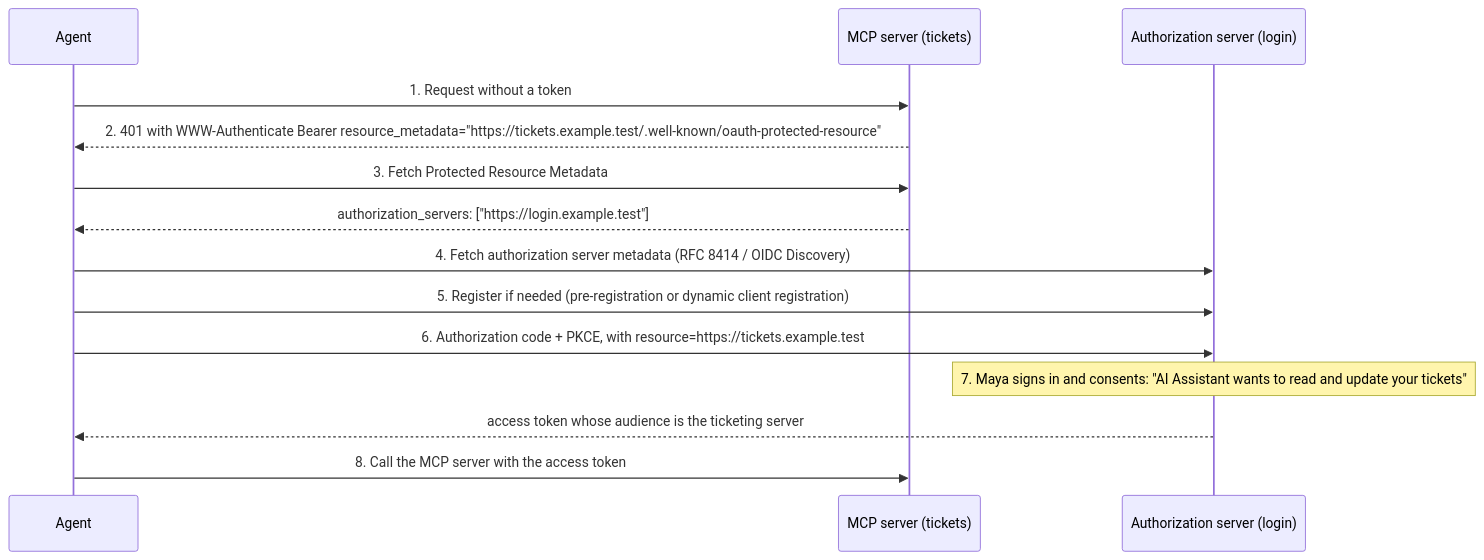
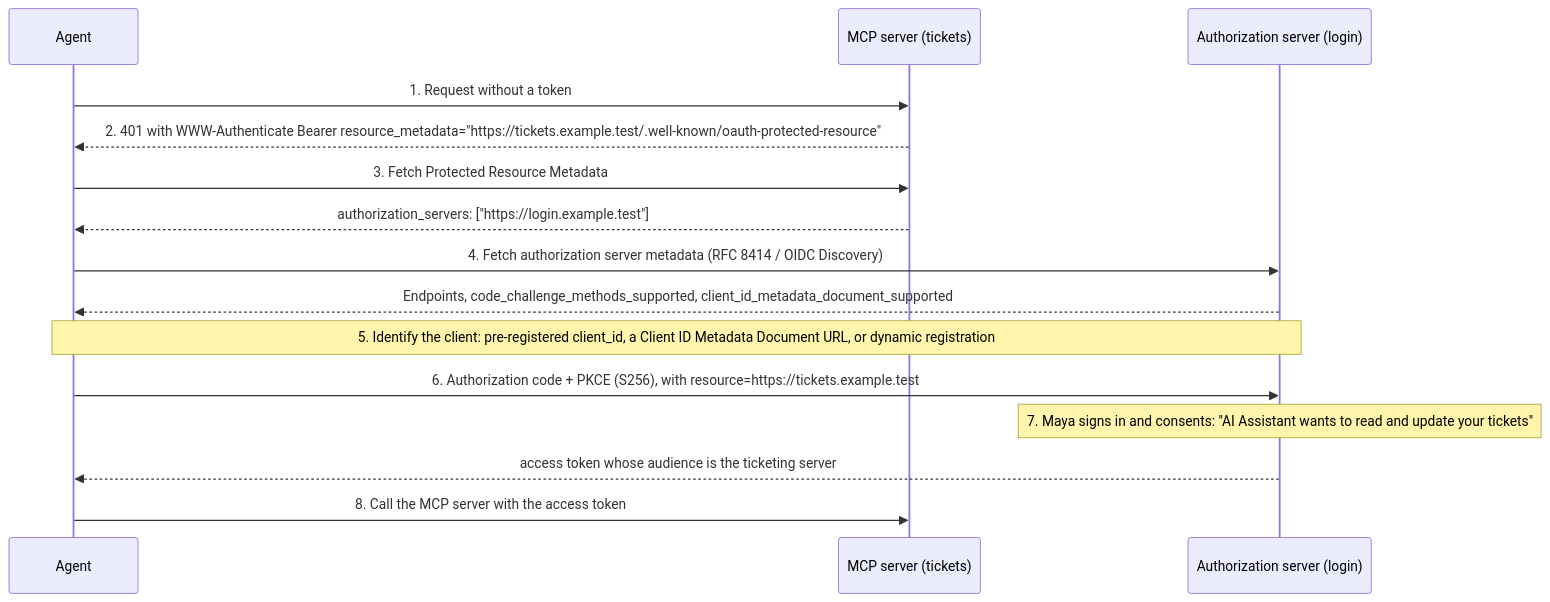
One commit to repson/iamnotroot changed the diagram in content/use-cases/ai-agent-mcp.md. Above: the diagram before and after it, drawn with Mermaid. The commit also changed other lines of this file and 38 other files, not shown here.

````diff
--- a/content/use-cases/ai-agent-mcp.md
+++ b/content/use-cases/ai-agent-mcp.md
@@ -25,16 +25,17 @@
 ```mermaid
 sequenceDiagram
     participant A as Agent
     participant M as MCP server (tickets)
     participant AS as Authorization server (login)
     A->>M: 1. Request without a token
     M-->>A: 2. 401 with WWW-Authenticate Bearer resource_metadata="https://tickets.example.test/.well-known/oauth-protected-resource"
     A->>M: 3. Fetch Protected Resource Metadata
     M-->>A: authorization_servers: ["https://login.example.test"]
     A->>AS: 4. Fetch authorization server metadata (RFC 8414 / OIDC Discovery)
-    A->>AS: 5. Register if needed (pre-registration or dynamic client registration)
-    A->>AS: 6. Authorization code + PKCE, with resource=https://tickets.example.test
+    AS-->>A: Endpoints, code_challenge_methods_supported, client_id_metadata_document_supported
+    Note over A,AS: 5. Identify the client: pre-registered client_id, a Client ID Metadata Document URL, or dynamic registration
+    A->>AS: 6. Authorization code + PKCE (S256), with resource=https://tickets.example.test
     Note over AS: 7. Maya signs in and consents: "AI Assistant wants to read and update your tickets"
     AS-->>A: access token whose audience is the ticketing server
     A->>M: 8. Call the MCP server with the access token
 ```
````
